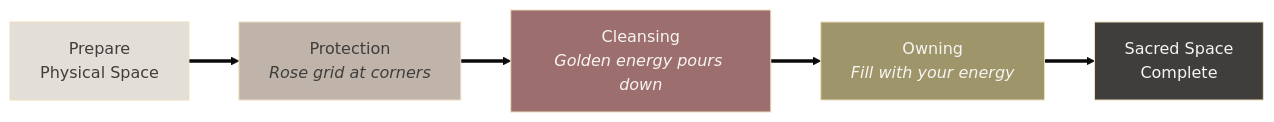
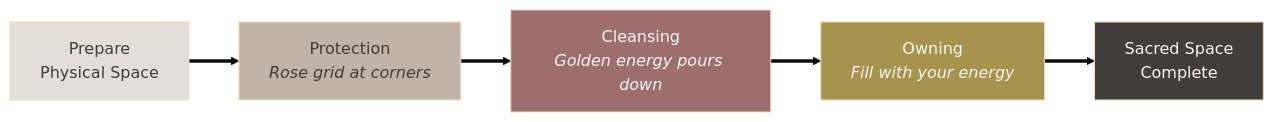
One commit to Light-Brands/roses-os changed diagram 13 of 28 in docs/brand-dna.md. Above: the diagram before and after it, drawn with Mermaid (base theme). The commit also changed other lines of this file and 1 other file, not shown here.

````diff
--- a/docs/brand-dna.md
+++ b/docs/brand-dna.md
@@ -648,13 +648,13 @@
 ```mermaid
 graph LR
     A["Prepare<br/>Physical Space"] ==> B["Protection<br/><i>Rose grid at corners</i>"]
     B ==> C["Cleansing<br/><i>Golden energy pours down</i>"]
     C ==> D["Owning<br/><i>Fill with your energy</i>"]
     D ==> E["Sacred Space<br/>Complete"]
 
     style A fill:#E4DED8,color:#3F3E3C
     style B fill:#BFB3AA,color:#3F3E3C
     style C fill:#9C6F6E,color:#F7F5F2
-    style D fill:#9E956B,color:#F7F5F2
+    style D fill:#A6944E,color:#F7F5F2
     style E fill:#3F3E3C,color:#F7F5F2
 ```
````
